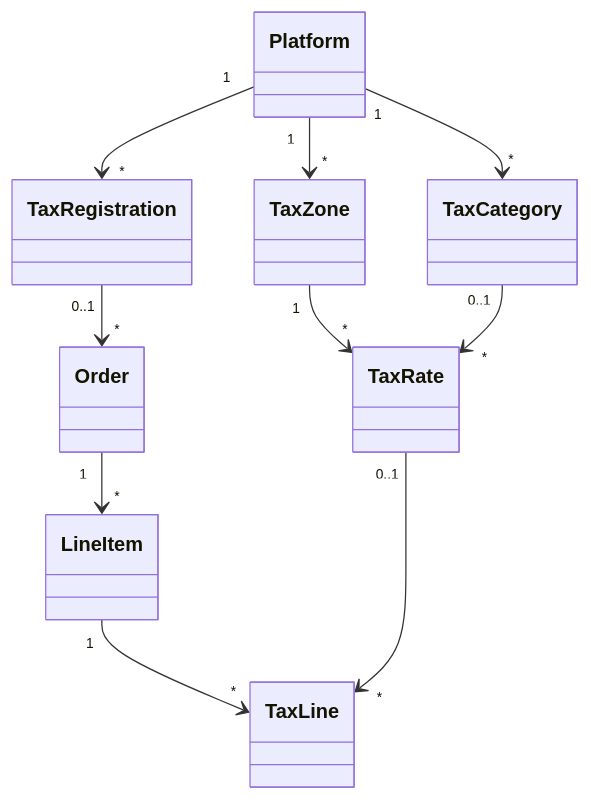
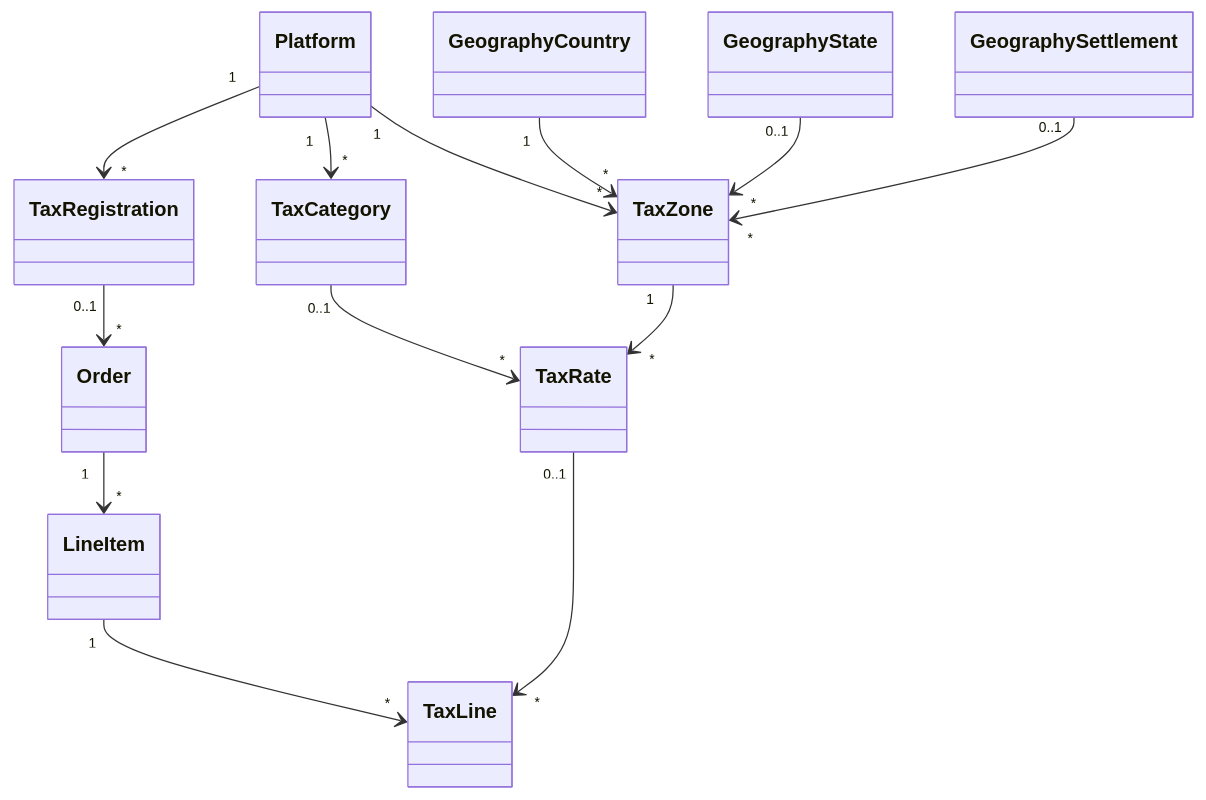
The diagram in docs/billing/tax.md (better-together-org/community-engine-rails), drawn with Mermaid before and after one commit. The commit also changed other lines of this file and 49 other files, not shown here.

First line of the commit message:
feat(billing): tax seed packets tied to geography, municipal tax zones

````diff
--- a/docs/billing/tax.md
+++ b/docs/billing/tax.md
@@ -9,12 +9,15 @@
 ```mermaid
 classDiagram
   Platform "1" --> "*" TaxRegistration
   Platform "1" --> "*" TaxCategory
   Platform "1" --> "*" TaxZone
+  GeographyCountry "1" --> "*" TaxZone
+  GeographyState "0..1" --> "*" TaxZone
+  GeographySettlement "0..1" --> "*" TaxZone
   TaxZone "1" --> "*" TaxRate
   TaxCategory "0..1" --> "*" TaxRate
   TaxRegistration "0..1" --> "*" Order
   Order "1" --> "*" LineItem
   LineItem "1" --> "*" TaxLine
   TaxRate "0..1" --> "*" TaxLine
 ```
````
